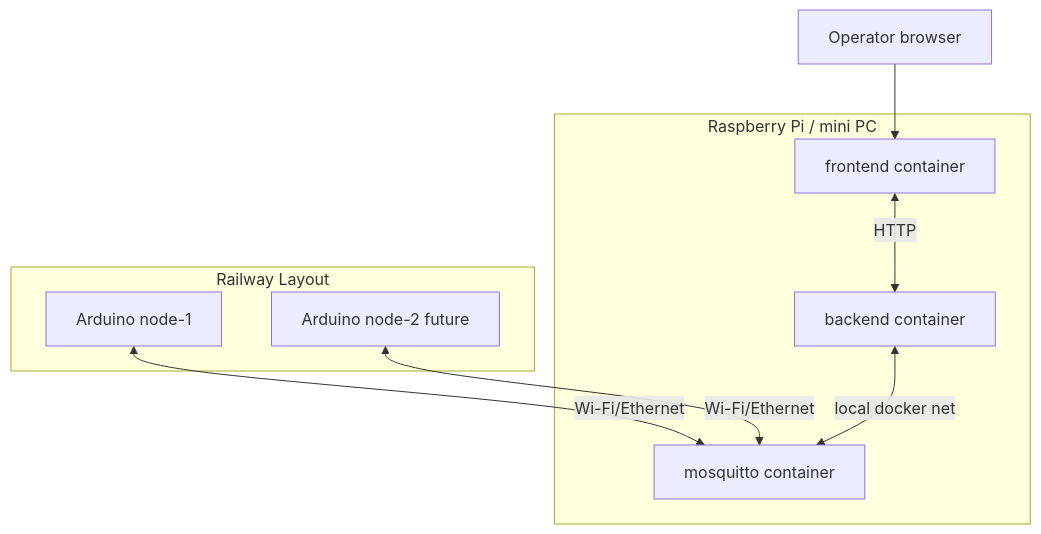
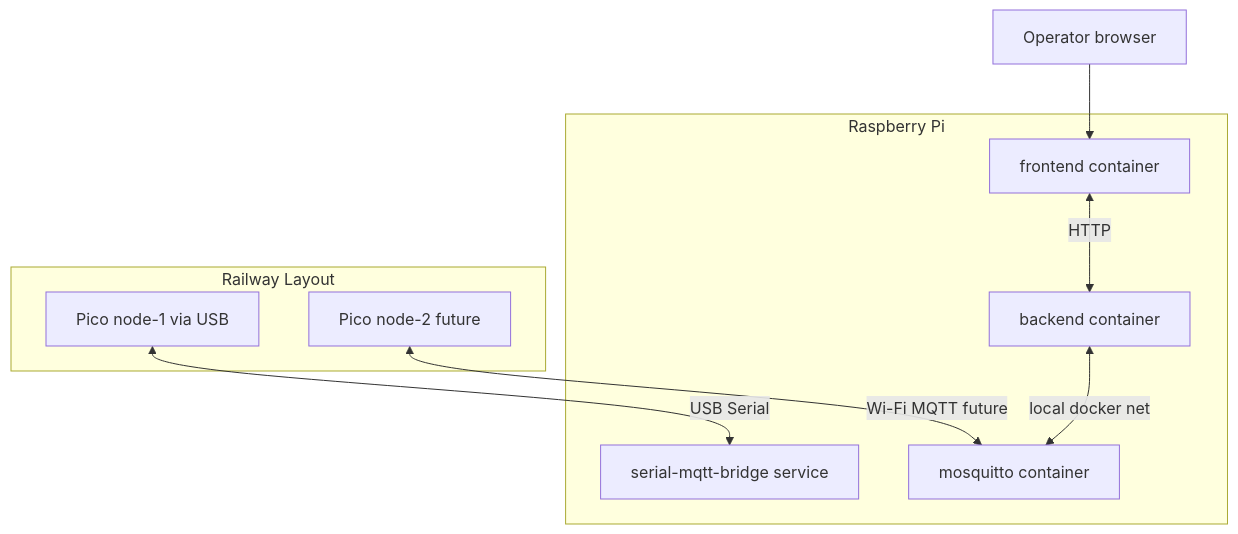
Before and after one commit to atkinart/train-manager: the third of 3 diagrams in docs/architecture.md, drawn with Mermaid. The commit also changed other lines of this file and 27 other files, not shown here.

Commit message:
Migrate primary node platform from Arduino to Pico 2 W

````diff
--- a/docs/architecture.md
+++ b/docs/architecture.md
@@ -74,21 +106,22 @@
 ```mermaid
 flowchart TB
-  subgraph Pi[Raspberry Pi / mini PC]
+  subgraph Pi[Raspberry Pi]
+    BR[serial-mqtt-bridge service]
     M[mosquitto container]
     B[backend container]
     F[frontend container]
   end
 
   subgraph Rail[Railway Layout]
-    N1[Arduino node-1]
-    N2[Arduino node-2 future]
+    N1[Pico node-1 via USB]
+    N2[Pico node-2 future]
   end
 
   Laptop[Operator browser]
 
-  N1 <-- Wi-Fi/Ethernet --> M
-  N2 <-- Wi-Fi/Ethernet --> M
+  N1 <-- USB Serial --> BR
+  N2 <-- Wi-Fi MQTT future --> M
   B <-- local docker net --> M
   F <-- HTTP --> B
   Laptop --> F
 ```
````
